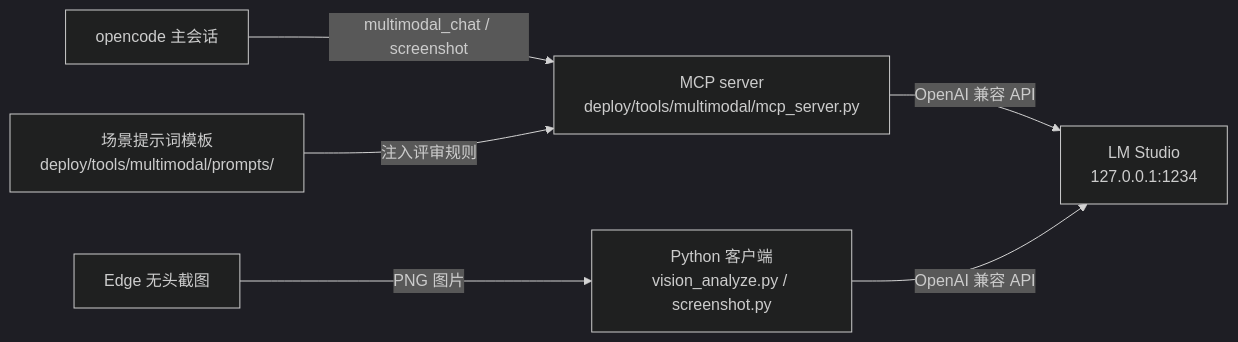
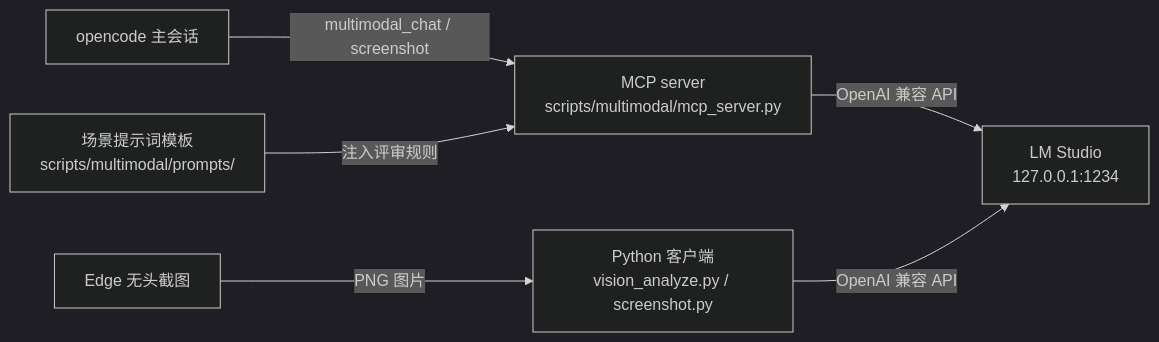
The diagram in 文档/资料/AI/本地多模态接入方案.md (minjian123/basic-management-system), drawn with Mermaid (dark theme) before and after one commit. The commit also changed other lines of this file and 109 other files, not shown here.

Commit message:
refactor(仓库结构): 落地顶层目录三分法（deploy 纯部署 / scripts 开发工具链 / ops 产品运维）

````diff
--- a/文档/资料/AI/本地多模态接入方案.md
+++ b/文档/资料/AI/本地多模态接入方案.md
@@ -18,8 +18,8 @@
 ```mermaid
  flowchart LR
-     A["opencode 主会话"] -->|"multimodal_chat / screenshot"| M["MCP server<br/>deploy/tools/multimodal/mcp_server.py"]
+     A["opencode 主会话"] -->|"multimodal_chat / screenshot"| M["MCP server<br/>scripts/multimodal/mcp_server.py"]
      M -->|"OpenAI 兼容 API"| L["LM Studio<br/>127.0.0.1:1234"]
      C["Python 客户端<br/>vision_analyze.py / screenshot.py"] -->|"OpenAI 兼容 API"| L
      E["Edge 无头截图"] -->|"PNG 图片"| C
-     F["场景提示词模板<br/>deploy/tools/multimodal/prompts/"] -->|"注入评审规则"| M
+     F["场景提示词模板<br/>scripts/multimodal/prompts/"] -->|"注入评审规则"| M
 ```
````
